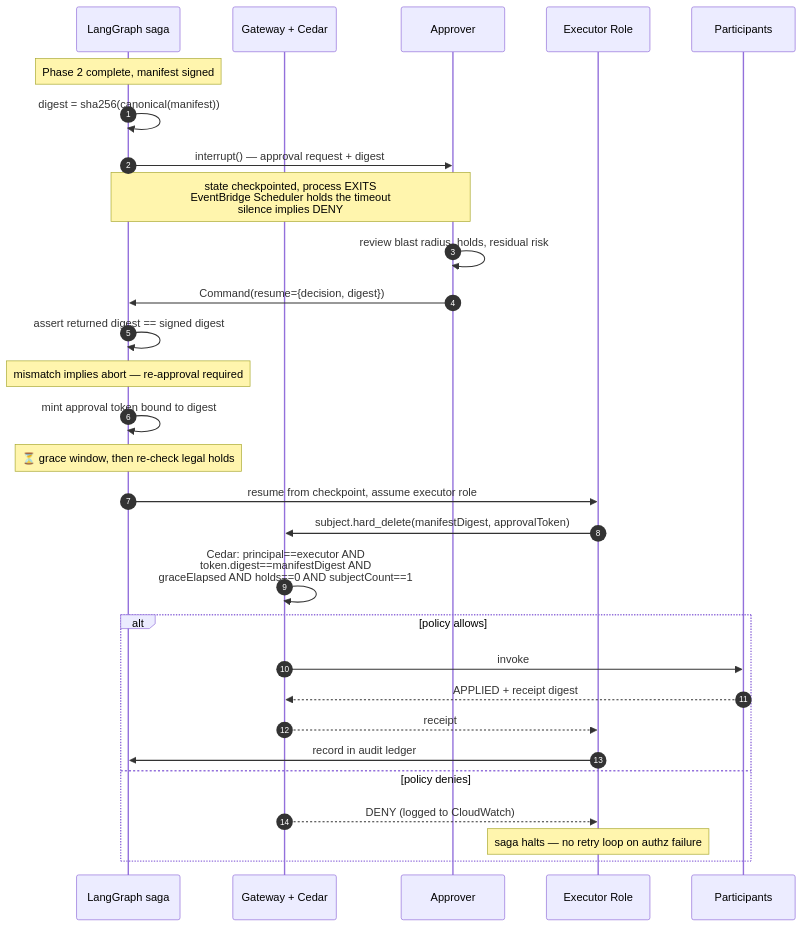
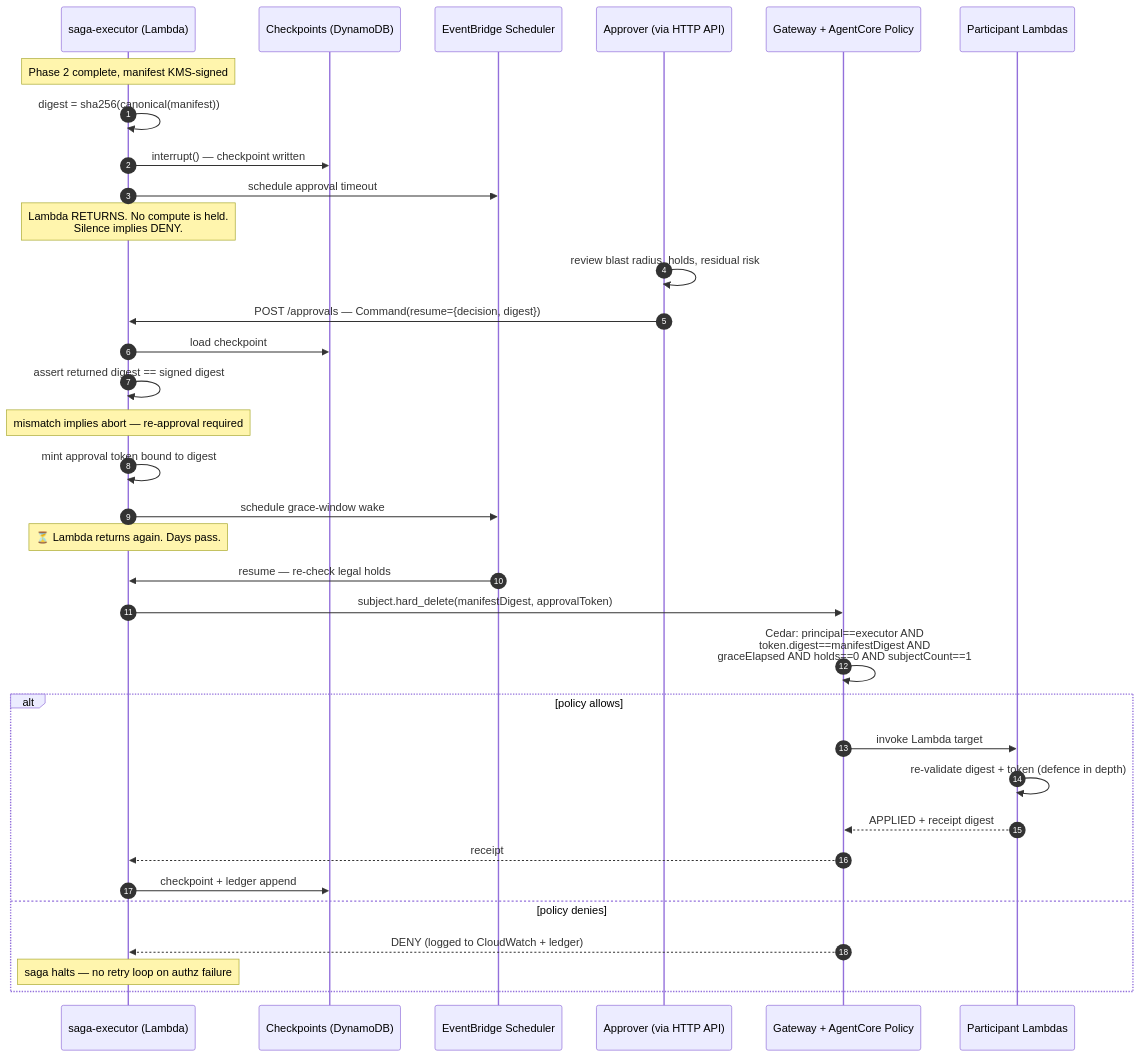
One commit to andaro74/agentic-pii-erasure changed the third of 3 diagrams in docs/ARCHITECTURE.md. Above: the diagram before and after it, drawn with Mermaid. The commit also changed other lines of this file and 30 other files, not shown here.

First line of the commit message:
Architecture baseline v0.2: AWS-only serverless on Bedrock AgentCore

````diff
--- a/docs/ARCHITECTURE.md
+++ b/docs/ARCHITECTURE.md
@@ -515,37 +599,42 @@
 ```mermaid
 %% ASDP · Human approval with digest-bound tokens (closes the TOCTOU hole).
-%% LangGraph interrupt/resume — the process exits while paused. ADR-014.
+%% Serverless: the Lambda RETURNS while paused; the checkpoint is the pause. ADR-016.
 sequenceDiagram
     autonumber
-    participant SFN as LangGraph saga
-    participant GW as Gateway + Cedar
-    participant APV as Approver
-    participant EX as Executor Role
-    participant P as Participants
+    participant EXE as saga-executor (Lambda)
+    participant DDB as Checkpoints (DynamoDB)
+    participant SCH as EventBridge Scheduler
+    participant APV as Approver (via HTTP API)
+    participant GW as Gateway + AgentCore Policy
+    participant P as Participant Lambdas
 
-    Note over SFN: Phase 2 complete, manifest signed
-    SFN->>SFN: digest = sha256(canonical(manifest))
-    SFN->>APV: interrupt() — approval request + digest
-    Note over SFN,APV: state checkpointed, process EXITS<br/>EventBridge Scheduler holds the timeout<br/>silence implies DENY
+    Note over EXE: Phase 2 complete, manifest KMS-signed
+    EXE->>EXE: digest = sha256(canonical(manifest))
+    EXE->>DDB: interrupt() — checkpoint written
+    EXE->>SCH: schedule approval timeout
+    Note over EXE: Lambda RETURNS. No compute is held.<br/>Silence implies DENY.
 
     APV->>APV: review blast radius, holds, residual risk
-    APV->>SFN: Command(resume={decision, digest})
-    SFN->>SFN: assert returned digest == signed digest
-    Note over SFN: mismatch implies abort — re-approval required
+    APV->>EXE: POST /approvals — Command(resume={decision, digest})
+    EXE->>DDB: load checkpoint
+    EXE->>EXE: assert returned digest == signed digest
+    Note over EXE: mismatch implies abort — re-approval required
 
-    SFN->>SFN: mint approval token bound to digest
-    Note over SFN: ⏳ grace window, then re-check legal holds
+    EXE->>EXE: mint approval token bound to digest
+    EXE->>SCH: schedule grace-window wake
+    Note over EXE: ⏳ Lambda returns again. Days pass.
 
-    SFN->>EX: resume from checkpoint, assume executor role
-    EX->>GW: subject.hard_delete(manifestDigest, approvalToken)
+    SCH->>EXE: resume — re-check legal holds
+    EXE->>GW: subject.hard_delete(manifestDigest, approvalToken)
     GW->>GW: Cedar: principal==executor AND<br/>token.digest==manifestDigest AND<br/>graceElapsed AND holds==0 AND subjectCount==1
     alt policy allows
-        GW->>P: invoke
+        GW->>P: invoke Lambda target
+        P->>P: re-validate digest + token (defence in depth)
         P-->>GW: APPLIED + receipt digest
-        GW-->>EX: receipt
-        EX->>SFN: record in audit ledger
+        GW-->>EXE: receipt
+        EXE->>DDB: checkpoint + ledger append
     else policy denies
-        GW-->>EX: DENY (logged to CloudWatch)
-        Note over EX: saga halts — no retry loop on authz failure
+        GW-->>EXE: DENY (logged to CloudWatch + ledger)
+        Note over EXE: saga halts — no retry loop on authz failure
     end
 ```
````
